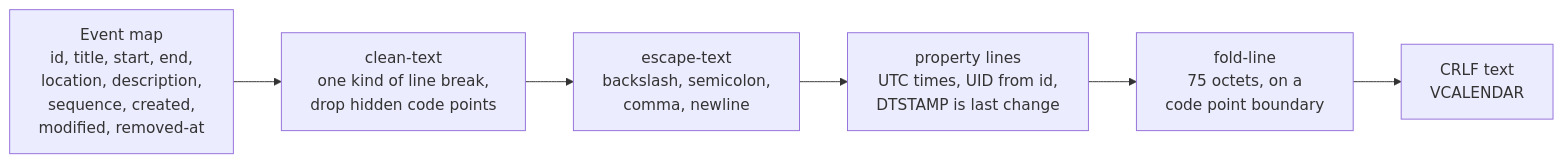
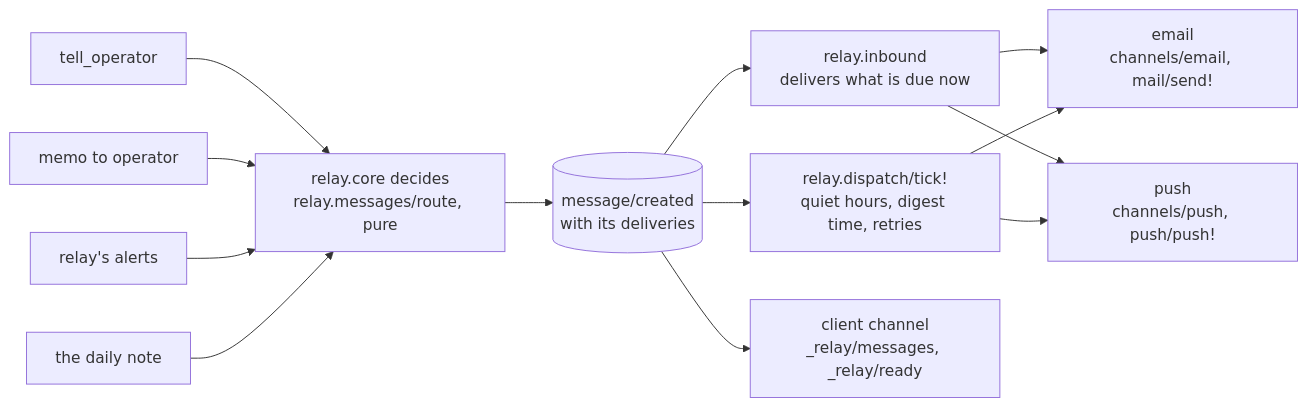
One commit to kirahowe/relay changed the seventh of 11 diagrams in docs/architecture.md. Above: the diagram before and after it, drawn with Mermaid. The commit also changed other lines of this file, not shown here.

First line of the commit message:
Rewrite the architecture page from the code on main

````diff
--- a/docs/architecture.md
+++ b/docs/architecture.md
@@ -286,8 +305,15 @@
 ```mermaid
 flowchart LR
-    ev["Event map<br/>id, title, start, end,<br/>location, description,<br/>sequence, created,<br/>modified, removed-at"] --> clean["clean-text<br/>one kind of line break,<br/>drop hidden code points"]
-    clean --> esc["escape-text<br/>backslash, semicolon,<br/>comma, newline"]
-    esc --> prop["property lines<br/>UTC times, UID from id,<br/>DTSTAMP is last change"]
-    prop --> fold["fold-line<br/>75 octets, on a<br/>code point boundary"]
-    fold --> out["CRLF text<br/>VCALENDAR"]
+    tell["tell_operator"] --> core
+    memo["memo to operator"] --> core
+    alert["relay's alerts"] --> core
+    note["the daily note"] --> core
+    core["relay.core decides<br/>relay.messages/route, pure"] --> created[("message/created<br/>with its deliveries")]
+    created --> now["relay.inbound<br/>delivers what is due now"]
+    created --> later["relay.dispatch/tick!<br/>quiet hours, digest time, retries"]
+    now --> email["email<br/>channels/email, mail/send!"]
+    now --> pushc["push<br/>channels/push, push/push!"]
+    later --> email
+    later --> pushc
+    created --> client["client channel<br/>_relay/messages, _relay/ready"]
 ```
````
